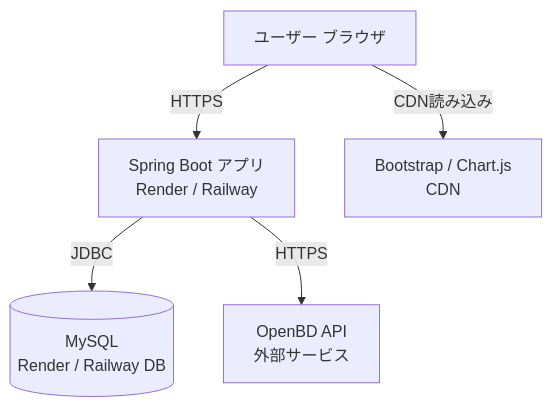
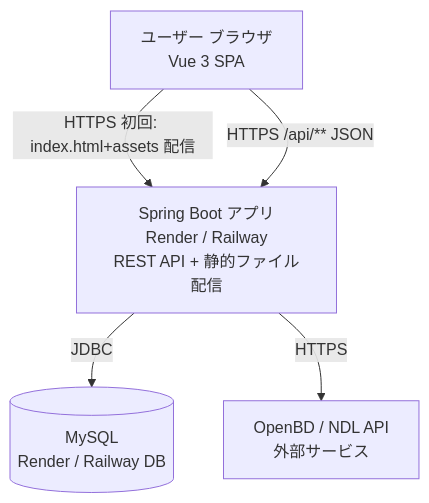
One commit to ichi-269/Bukuro changed the diagram in docs/architecture.md. Above: the diagram before and after it, drawn with Mermaid. The commit also changed other lines of this file and 104 other files, not shown here.

````diff
--- a/docs/architecture.md
+++ b/docs/architecture.md
@@ -79,13 +97,12 @@
 ```mermaid
 graph TB
-    Browser[ユーザー ブラウザ]
-    App[Spring Boot アプリ<br/>Render / Railway]
+    Browser[ユーザー ブラウザ<br/>Vue 3 SPA]
+    App[Spring Boot アプリ<br/>Render / Railway<br/>REST API + 静的ファイル配信]
     DB[(MySQL<br/>Render / Railway DB)]
-    OpenBD[OpenBD API<br/>外部サービス]
-    CDN[Bootstrap / Chart.js<br/>CDN]
+    OpenBD[OpenBD / NDL API<br/>外部サービス]
 
-    Browser -->|HTTPS| App
+    Browser -->|HTTPS 初回: index.html+assets 配信| App
+    Browser -->|HTTPS /api/** JSON| App
     App -->|JDBC| DB
     App -->|HTTPS| OpenBD
-    Browser -->|CDN読み込み| CDN
 ```
````
